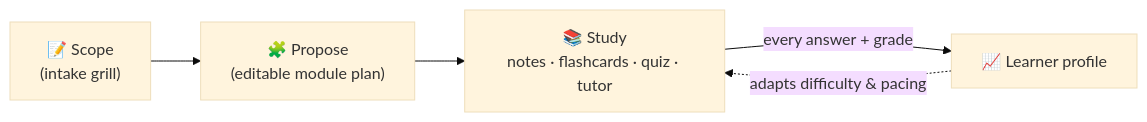
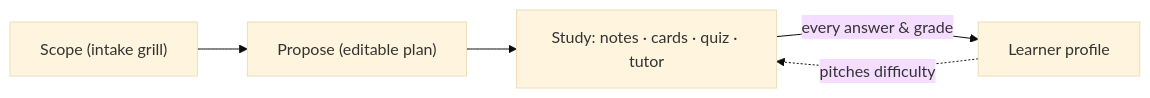
The second of 3 diagrams in README.md (hotredsam/Review-Helper), drawn with Mermaid (base theme) before and after one commit. The commit also changed other lines of this file and 10 other files, not shown here.

````diff
--- a/README.md
+++ b/README.md
@@ -95,6 +73,6 @@
 ```mermaid
 flowchart LR
-    N["📝 Scope<br/>(intake grill)"] --> M["🧩 Propose<br/>(editable module plan)"] --> S["📚 Study<br/>notes · flashcards · quiz · tutor"]
-    S -->|every answer + grade| P["📈 Learner profile"]
-    P -.->|adapts difficulty & pacing| S
+    N["Scope (intake grill)"] --> M["Propose (editable plan)"] --> S["Study: notes · cards · quiz · tutor"]
+    S -->|every answer & grade| P["Learner profile"]
+    P -.->|pitches difficulty| S
 ```
````
